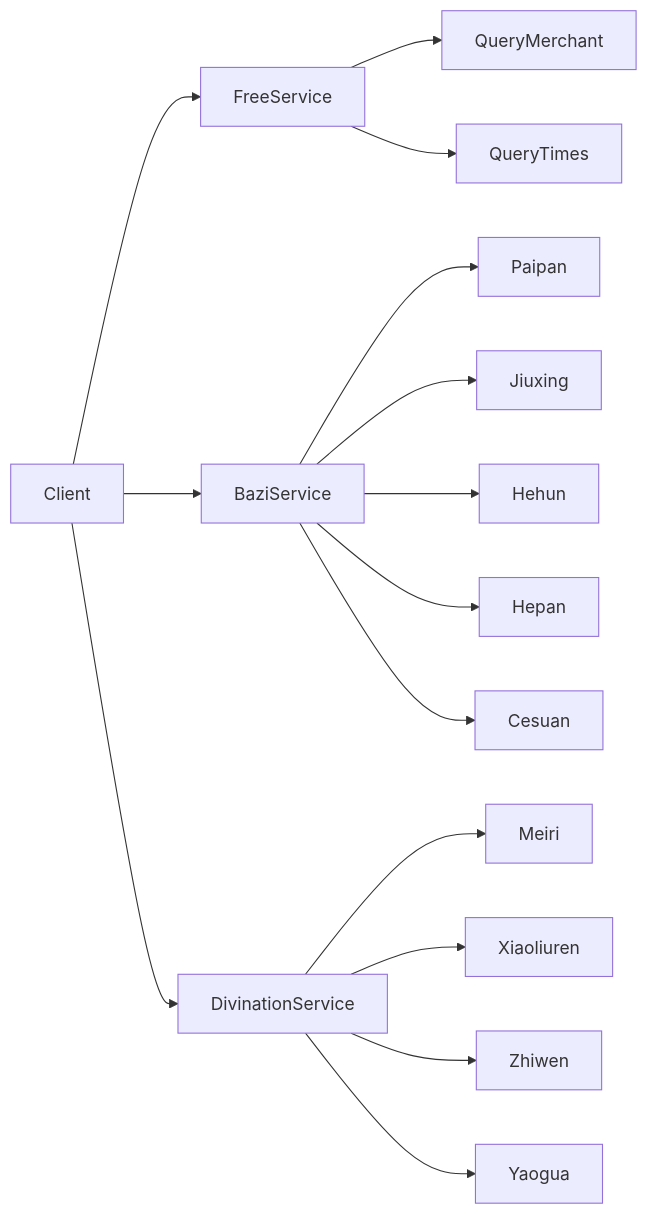
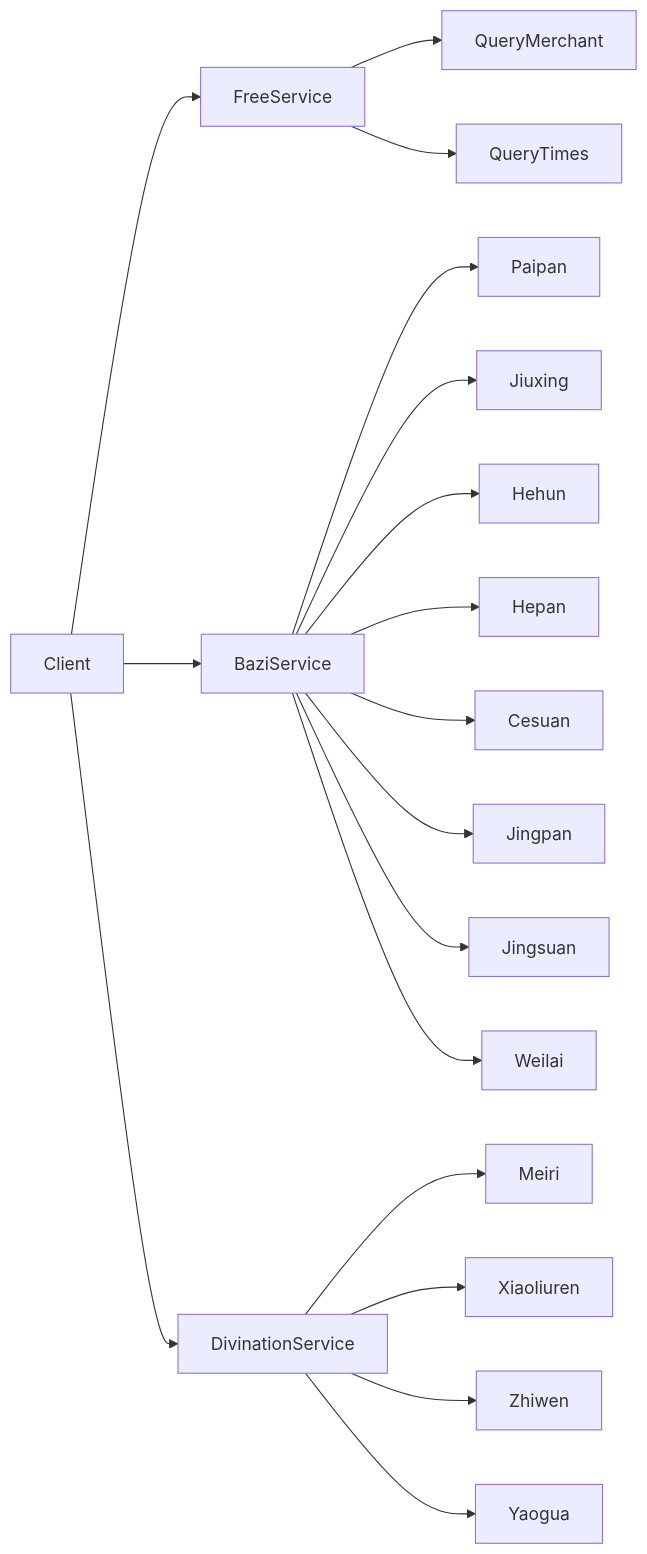
One commit to Scorpio69t/yuanfenju-go-sdk changed the first of 2 diagrams in README.md. Above: the diagram before and after it, drawn with Mermaid. The commit also changed other lines of this file and 4 other files, not shown here.

Commit message:
feat: add typed jingpan/jingsuan/weilai bazi services with validation and tests

````diff
--- a/README.md
+++ b/README.md
@@ -58,20 +58,23 @@
 ```mermaid
 flowchart LR
     A[Client] --> B[FreeService]
     A --> C[BaziService]
     A --> D[DivinationService]
 
     B --> B1[QueryMerchant]
     B --> B2[QueryTimes]
 
     C --> C1[Paipan]
     C --> C2[Jiuxing]
     C --> C3[Hehun]
     C --> C4[Hepan]
     C --> C5[Cesuan]
+    C --> C6[Jingpan]
+    C --> C7[Jingsuan]
+    C --> C8[Weilai]
 
     D --> D1[Meiri]
     D --> D2[Xiaoliuren]
     D --> D3[Zhiwen]
     D --> D4[Yaogua]
 ```
````
